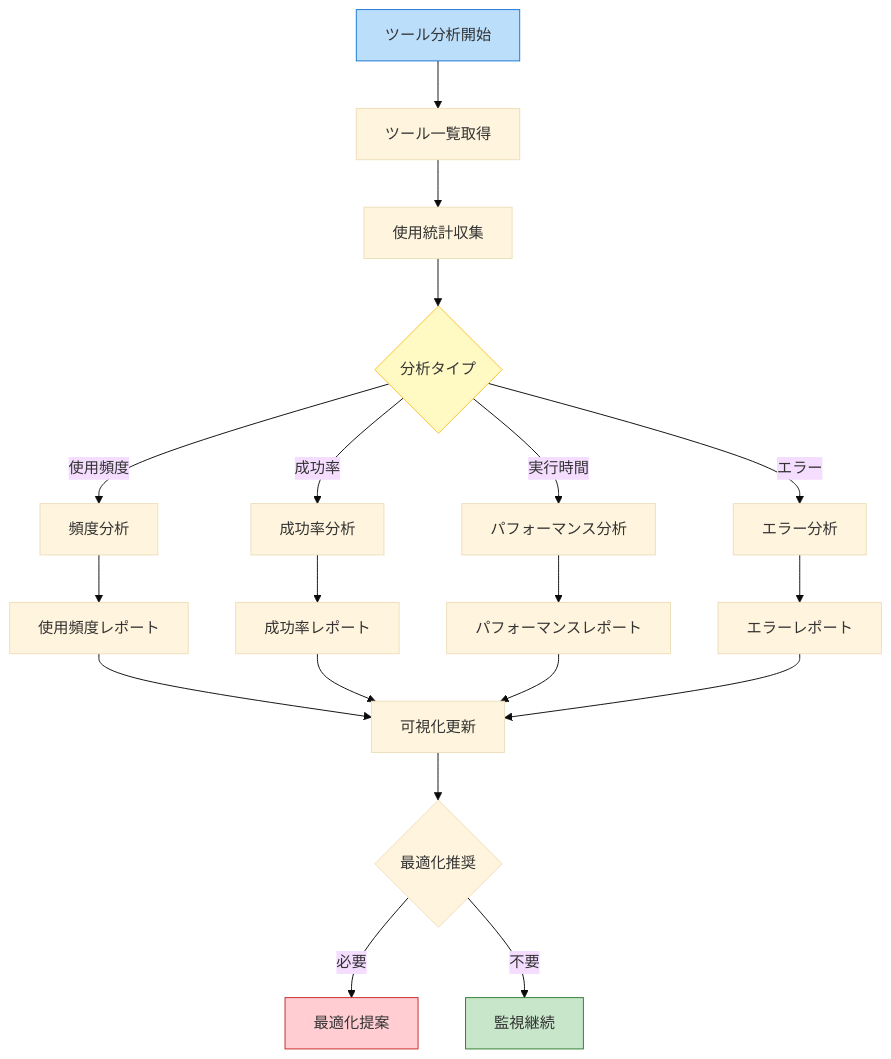
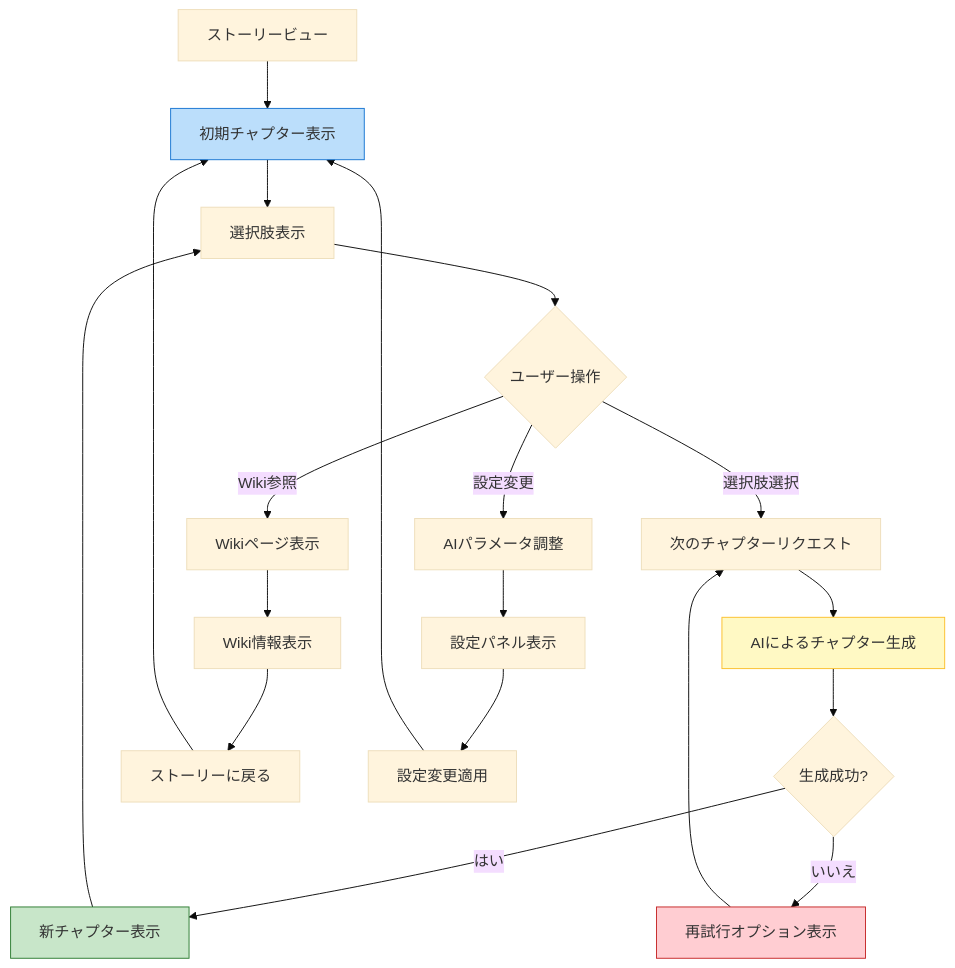
Before and after one commit to NewAITees/FableMaze: the third of 9 diagrams in docs/APP_FLOW.md, drawn with Mermaid (base theme). The commit also changed other lines of this file and 6 other files, not shown here.

````diff
--- a/docs/APP_FLOW.md
+++ b/docs/APP_FLOW.md
@@ -555,30 +65,31 @@
 ```mermaid
 flowchart TD
-    A[ツール分析開始] --> B[ツール一覧取得]
-    B --> C[使用統計収集]
-    C --> D{分析タイプ}
+    A[ストーリービュー] --> B[初期チャプター表示]
+    B --> C[選択肢表示]
+    C --> D{ユーザー操作}
     
-    D -->|使用頻度| E[頻度分析]
-    D -->|成功率| F[成功率分析]
-    D -->|実行時間| G[パフォーマンス分析]
-    D -->|エラー| H[エラー分析]
+    D -->|選択肢選択| E[次のチャプターリクエスト]
+    D -->|Wiki参照| F[Wikiページ表示]
+    D -->|設定変更| G[AIパラメータ調整]
     
-    E --> I[使用頻度レポート]
-    F --> J[成功率レポート]
-    G --> K[パフォーマンスレポート]
-    H --> L[エラーレポート]
+    E --> H[AIによるチャプター生成]
+    H --> I{生成成功?}
+    I -->|はい| J[新チャプター表示]
+    I -->|いいえ| K[再試行オプション表示]
     
-    I --> M[可視化更新]
-    J --> M
-    K --> M
-    L --> M
+    F --> L[Wiki情報表示]
+    L --> M[ストーリーに戻る]
     
-    M --> N{最適化推奨}
-    N -->|必要| O[最適化提案]
-    N -->|不要| P[監視継続]
+    G --> N[設定パネル表示]
+    N --> O[設定変更適用]
+    O --> B
     
-    style A fill:#bbdefb,stroke:#1976d2
-    style D fill:#fff9c4,stroke:#fbc02d
-    style O fill:#ffcdd2,stroke:#c62828
-    style P fill:#c8e6c9,stroke:#2e7d32
+    J --> C
+    K --> E
+    M --> B
+    
+    style B fill:#bbdefb,stroke:#1976d2
+    style H fill:#fff9c4,stroke:#fbc02d
+    style K fill:#ffcdd2,stroke:#c62828
+    style J fill:#c8e6c9,stroke:#2e7d32
 ```
````
